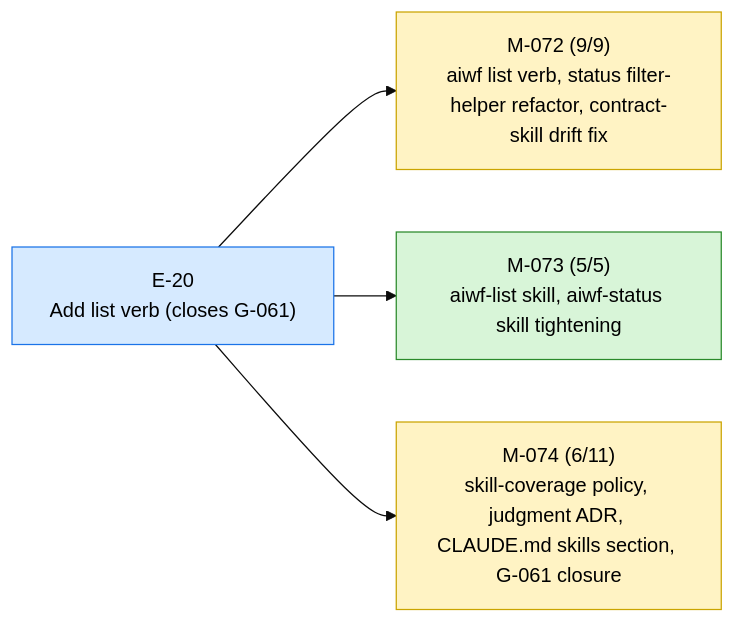
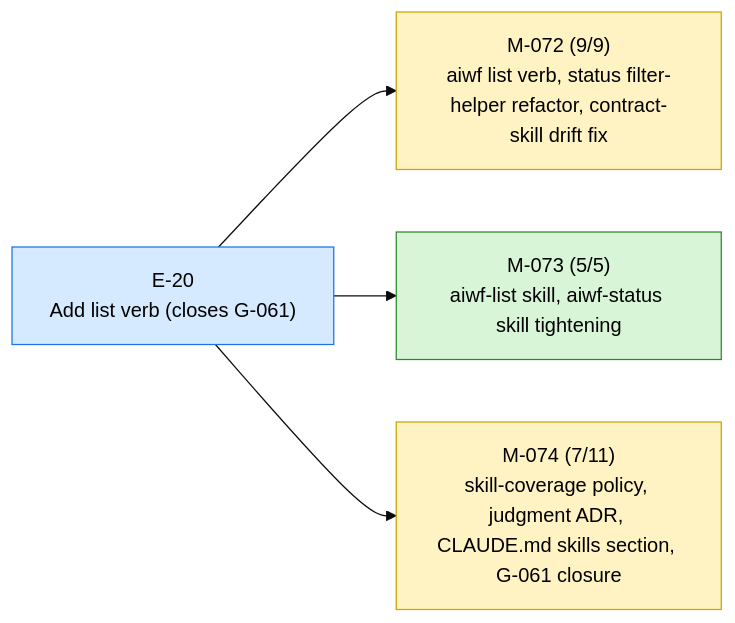
Before and after one commit to 23min/aiwf: the first of 2 diagrams in STATUS.md, drawn with Mermaid (base theme). The commit also changed other lines of this file and 1 other file, not shown here.

````diff
--- a/STATUS.md
+++ b/STATUS.md
@@ -13,16 +13,16 @@
 ```mermaid
 flowchart LR
   E_20["E-20<br/>Add list verb (closes G-061)"]:::epic_active
   M_072["M-072 (9/9)<br/>aiwf list verb, status filter-helper refactor, contract-skill drift fix"]:::ms_in_progress
   E_20 --> M_072
   M_073["M-073 (5/5)<br/>aiwf-list skill, aiwf-status skill tightening"]:::ms_done
   E_20 --> M_073
-  M_074["M-074 (6/11)<br/>skill-coverage policy, judgment ADR, CLAUDE.md skills section, G-061 closure"]:::ms_in_progress
+  M_074["M-074 (7/11)<br/>skill-coverage policy, judgment ADR, CLAUDE.md skills section, G-061 closure"]:::ms_in_progress
   E_20 --> M_074
   classDef epic_active fill:#d6eaff,stroke:#1a73e8,color:#000
   classDef epic_proposed fill:#f4f4f4,stroke:#888,color:#000
   classDef ms_done fill:#d8f5d8,stroke:#2a8a2a,color:#000
   classDef ms_in_progress fill:#fff3c4,stroke:#caa400,color:#000
   classDef ms_draft fill:#f4f4f4,stroke:#888,color:#000
   classDef ms_cancelled fill:#fbeaea,stroke:#c33,color:#000
 ```
````
